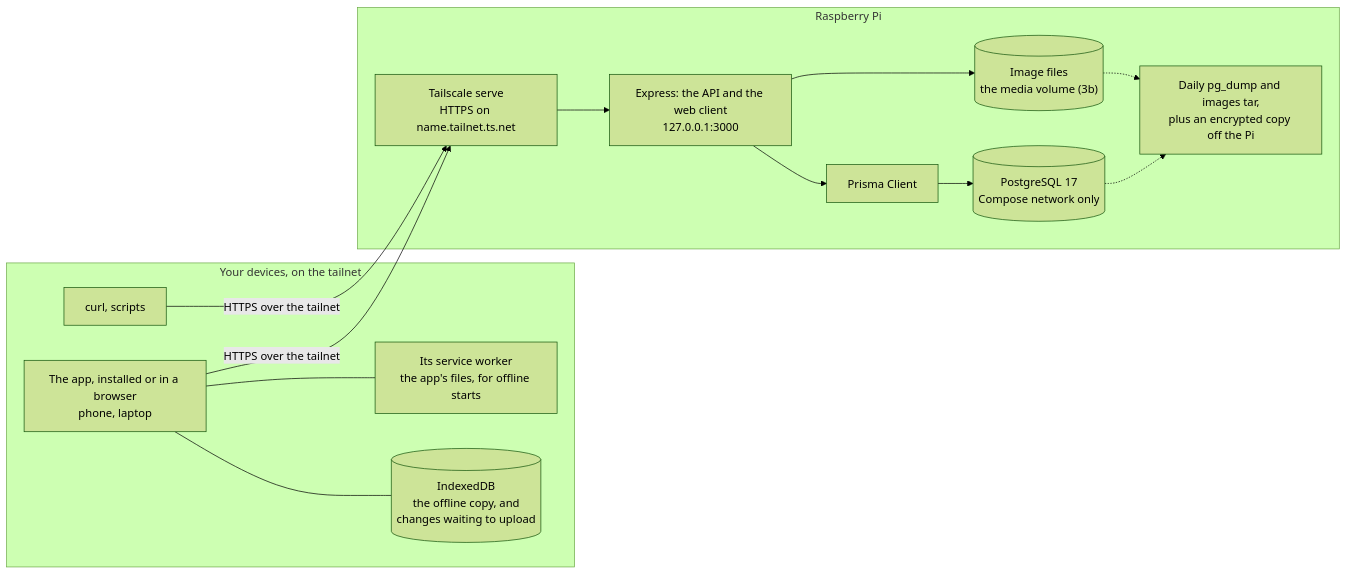
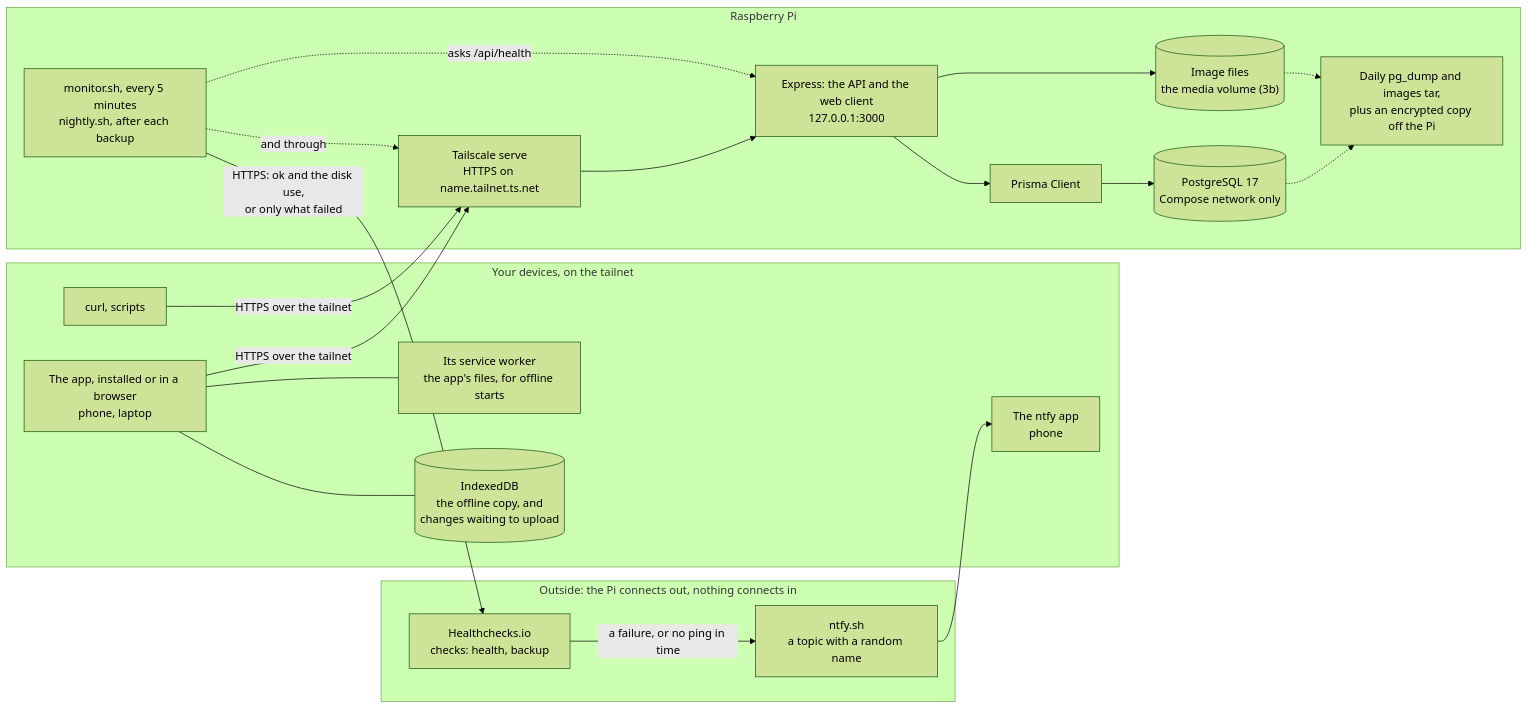
Before and after one commit to A-W-Coding/mise-en-place: the second of 3 diagrams in docs/architecture.md, drawn with Mermaid (forest theme). The commit also changed other lines of this file and 5 other files, not shown here.

First line of the commit message:
Step 29: alerts through Healthchecks.io and ntfy (D16)

````diff
--- a/docs/architecture.md
+++ b/docs/architecture.md
@@ -43,28 +43,40 @@
 ```mermaid
 flowchart LR
     subgraph devices["Your devices, on the tailnet"]
         pwa["The app, installed or in a browser<br/>phone, laptop"]
         sw["Its service worker<br/>the app's files, for offline starts"]
         idb[("IndexedDB<br/>the offline copy, and<br/>changes waiting to upload")]
         shell["curl, scripts"]
+        ntfyapp["The ntfy app<br/>phone"]
     end
 
     subgraph pi["Raspberry Pi"]
         serve["Tailscale serve<br/>HTTPS on name.tailnet.ts.net"]
         api["Express: the API and the web client<br/>127.0.0.1:3000"]
         prisma["Prisma Client"]
         db[("PostgreSQL 17<br/>Compose network only")]
         images[("Image files<br/>the media volume (3b)")]
         backups["Daily pg_dump and images tar,<br/>plus an encrypted copy off the Pi"]
+        alerts["monitor.sh, every 5 minutes<br/>nightly.sh, after each backup"]
+    end
+
+    subgraph outside["Outside: the Pi connects out, nothing connects in"]
+        hc["Healthchecks.io<br/>checks: health, backup"]
+        ntfy["ntfy.sh<br/>a topic with a random name"]
     end
 
     pwa --- sw
     pwa --- idb
     pwa -->|HTTPS over the tailnet| serve
     shell -->|HTTPS over the tailnet| serve
     serve --> api
     api --> prisma --> db
     api --> images
     db -.-> backups
     images -.-> backups
+    alerts -.->|asks /api/health| api
+    alerts -.->|and through| serve
+    alerts -->|"HTTPS: ok and the disk use,<br/>or only what failed"| hc
+    hc -->|"a failure, or no ping in time"| ntfy
+    ntfy --> ntfyapp
 ```
````
